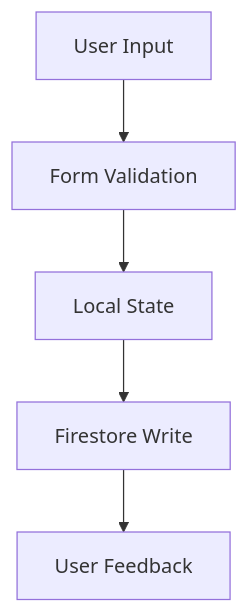
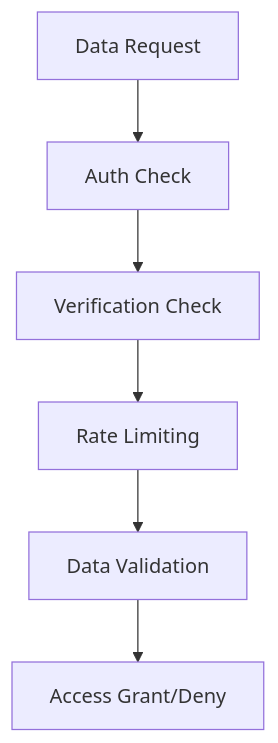
The third of 5 diagrams in memory-bank/systemPatterns.md (owaish3301/campusVibez), drawn with Mermaid before and after one commit. The commit also changed other lines of this file and 22 other files, not shown here.

````diff
--- a/memory-bank/systemPatterns.md
+++ b/memory-bank/systemPatterns.md
@@ -74,7 +43,8 @@
 ```mermaid
 graph TD
-    User[User Input] --> FormValidation[Form Validation]
-    FormValidation --> LocalState[Local State]
-    LocalState --> FirestoreWrite[Firestore Write]
-    FirestoreWrite --> UserFeedback[User Feedback]
+    Request[Data Request] --> Auth[Auth Check]
+    Auth --> Verify[Verification Check]
+    Verify --> RateLimit[Rate Limiting]
+    RateLimit --> Validate[Data Validation]
+    Validate --> Access[Access Grant/Deny]
 ```
````
